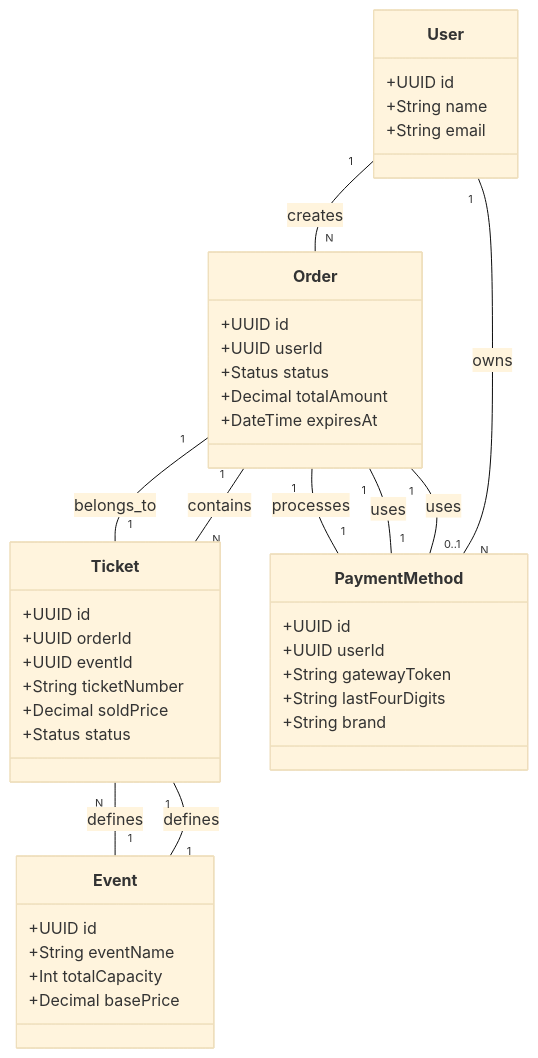
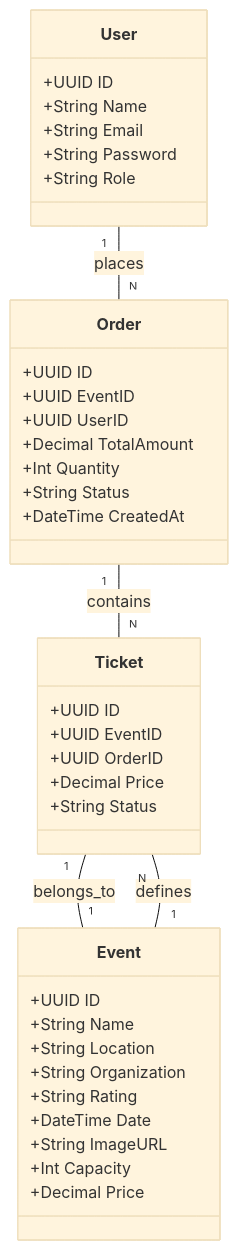
Before and after one commit to crislerwin/go-clean-api: the first of 2 diagrams in README.md, drawn with Mermaid (base theme). The commit also changed other lines of this file, not shown here.

Commit message:
docs: update README with expanded project overview, detailed tech stack, refined architecture diagrams, and a new API routes section.

````diff
--- a/README.md
+++ b/README.md
@@ -61,50 +75,45 @@
 ```mermaid
 classDiagram
     class User {
-        +UUID id
-        +String name
-        +String email
+        +UUID ID
+        +String Name
+        +String Email
+        +String Password
+        +String Role
     }
 
     class Event {
-        +UUID id
-        +String eventName
-        +Int totalCapacity
-        +Decimal basePrice
+        +UUID ID
+        +String Name
+        +String Location
+        +String Organization
+        +String Rating
+        +DateTime Date
+        +String ImageURL
+        +Int Capacity
+        +Decimal Price
     }
 
     class Order {
-        +UUID id
-        +UUID userId
-        +Status status
-        +Decimal totalAmount
-        +DateTime expiresAt
+        +UUID ID
+        +UUID EventID
+        +UUID UserID
+        +Decimal TotalAmount
+        +Int Quantity
+        +String Status
+        +DateTime CreatedAt
     }
 
     class Ticket {
-        +UUID id
-        +UUID orderId
-        +UUID eventId
-        +String ticketNumber
-        +Decimal soldPrice
-        +Status status
+        +UUID ID
+        +UUID EventID
+        +UUID OrderID
+        +Decimal Price
+        +String Status
     }
 
-    class PaymentMethod {
-        +UUID id
-        +UUID userId
-        +String gatewayToken
-        +String lastFourDigits
-        +String brand
-    }
-
-    User "1" -- "N" Order : creates
-    User "1" -- "N" PaymentMethod : owns
+    User "1" -- "N" Order : places
+    Event "1" -- "N" Ticket : defines
     Order "1" -- "N" Ticket : contains
-    Order "1" -- "0..1" PaymentMethod : uses
-    Event "1" -- "N" Ticket : defines
-    PaymentMethod "1" -- "1" Order : processes
-    Ticket "1" -- "1" Event : defines
-    Ticket "1" -- "1" Order : belongs_to
-    Order "1" -- "1" PaymentMethod : uses
+    Ticket "1" -- "1" Event : belongs_to
 ```
````
